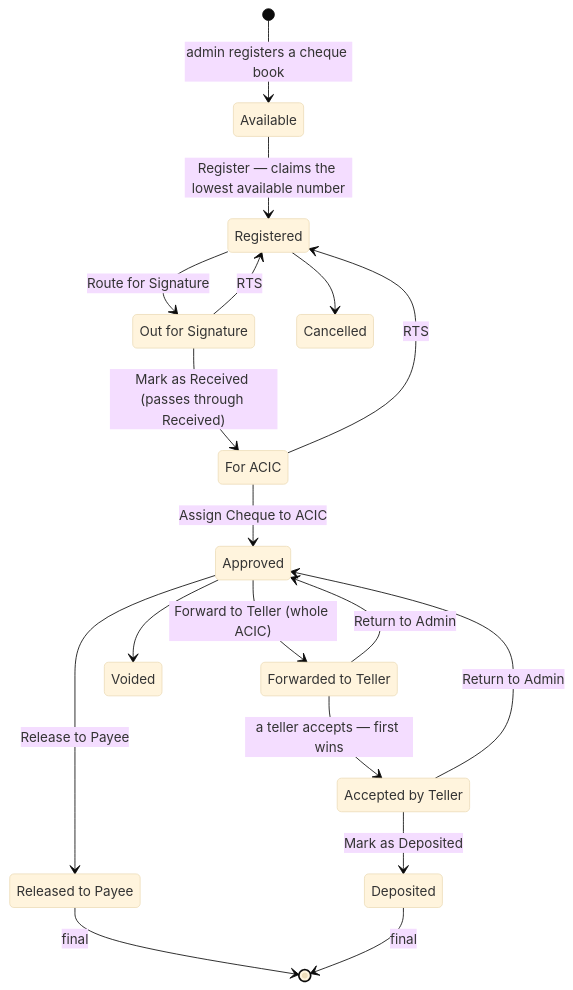
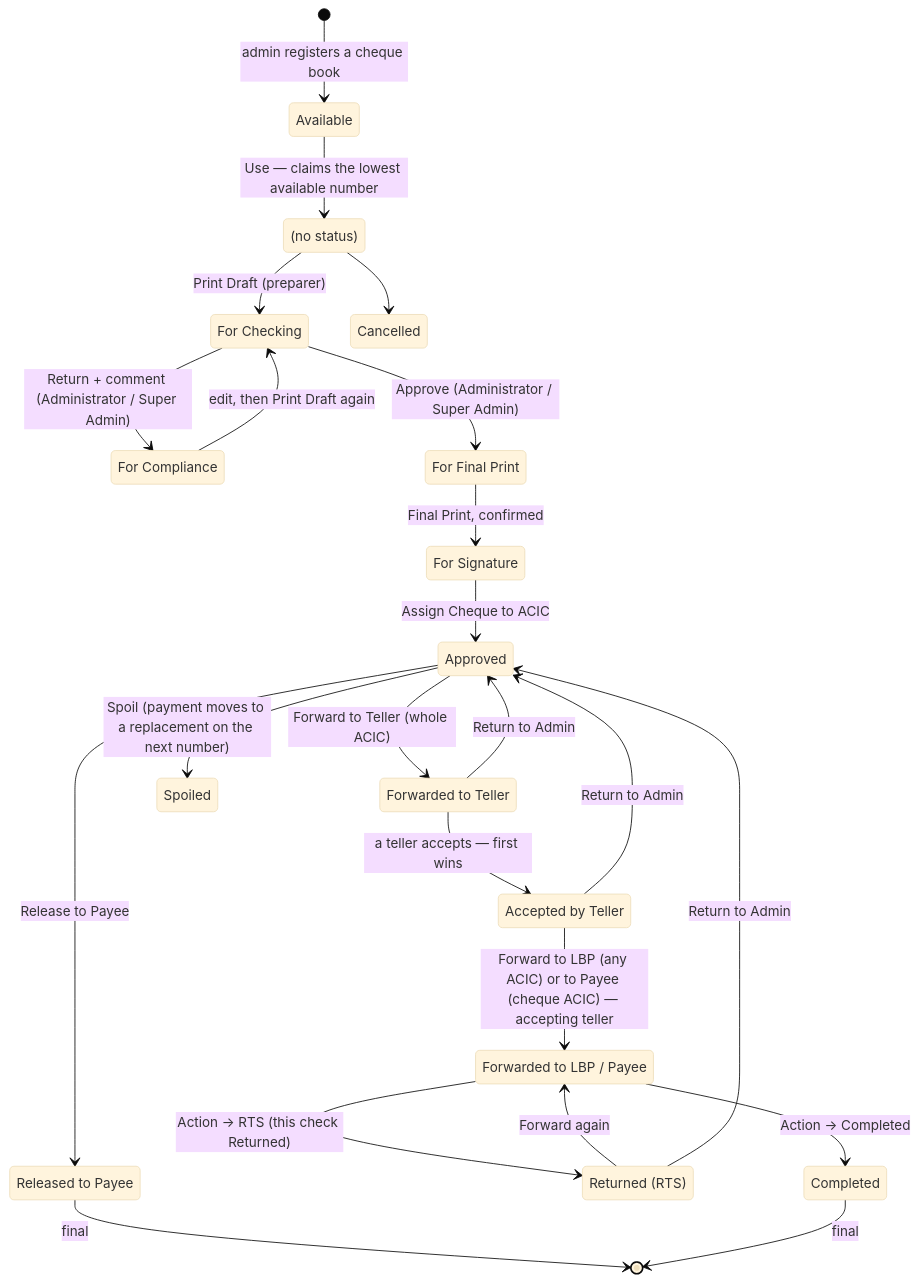
Before and after one commit to nicolasjob21/E-MDS: the fifth of 13 diagrams in docs/DOCUMENTATION.md, drawn with Mermaid (base theme). The commit also changed other lines of this file and 165 other files, not shown here.

First line of the commit message:
Rework the LDDAP and ACIC teller flows; add creditors, PCG personnel and filters

````diff
--- a/docs/DOCUMENTATION.md
+++ b/docs/DOCUMENTATION.md
@@ -280,30 +291,39 @@
 ```mermaid
 stateDiagram-v2
     state "Available" as AV
-    state "Registered" as R
-    state "Out for Signature" as OS
-    state "For ACIC" as FA
+    state "(no status)" as U
+    state "For Checking" as FC
+    state "For Compliance" as CO
+    state "For Final Print" as FP
+    state "For Signature" as FS
     state "Approved" as AA
     state "Released to Payee" as RP
     state "Forwarded to Teller" as FT
     state "Accepted by Teller" as AT
-    state "Deposited" as D
+    state "Forwarded to LBP / Payee" as FO
+    state "Returned (RTS)" as RT
+    state "Completed" as D
 
     [*] --> AV: admin registers a cheque book
-    AV --> R: Register — claims the lowest available number
-    R --> OS: Route for Signature
-    OS --> FA: Mark as Received (passes through Received)
-    FA --> AA: Assign Cheque to ACIC
+    AV --> U: Use — claims the lowest available number
+    U --> FC: Print Draft (preparer)
+    FC --> FP: Approve (Administrator / Super Admin)
+    FC --> CO: Return + comment (Administrator / Super Admin)
+    CO --> FC: edit, then Print Draft again
+    FP --> FS: Final Print, confirmed
+    FS --> AA: Assign Cheque to ACIC
     AA --> RP: Release to Payee
     AA --> FT: Forward to Teller (whole ACIC)
     FT --> AT: a teller accepts — first wins
-    AT --> D: Mark as Deposited
+    AT --> FO: Forward to LBP (any ACIC) or to Payee (cheque ACIC) — accepting teller
+    FO --> D: Action → Completed
+    FO --> RT: Action → RTS (this check Returned)
+    RT --> FO: Forward again
     FT --> AA: Return to Admin
     AT --> AA: Return to Admin
-    OS --> R: RTS
-    FA --> R: RTS
-    R --> Cancelled
-    AA --> Voided
+    RT --> AA: Return to Admin
+    U --> Cancelled
+    AA --> Spoiled: Spoil (payment moves to a replacement on the next number)
     RP --> [*]: final
     D --> [*]: final
 ```
````
